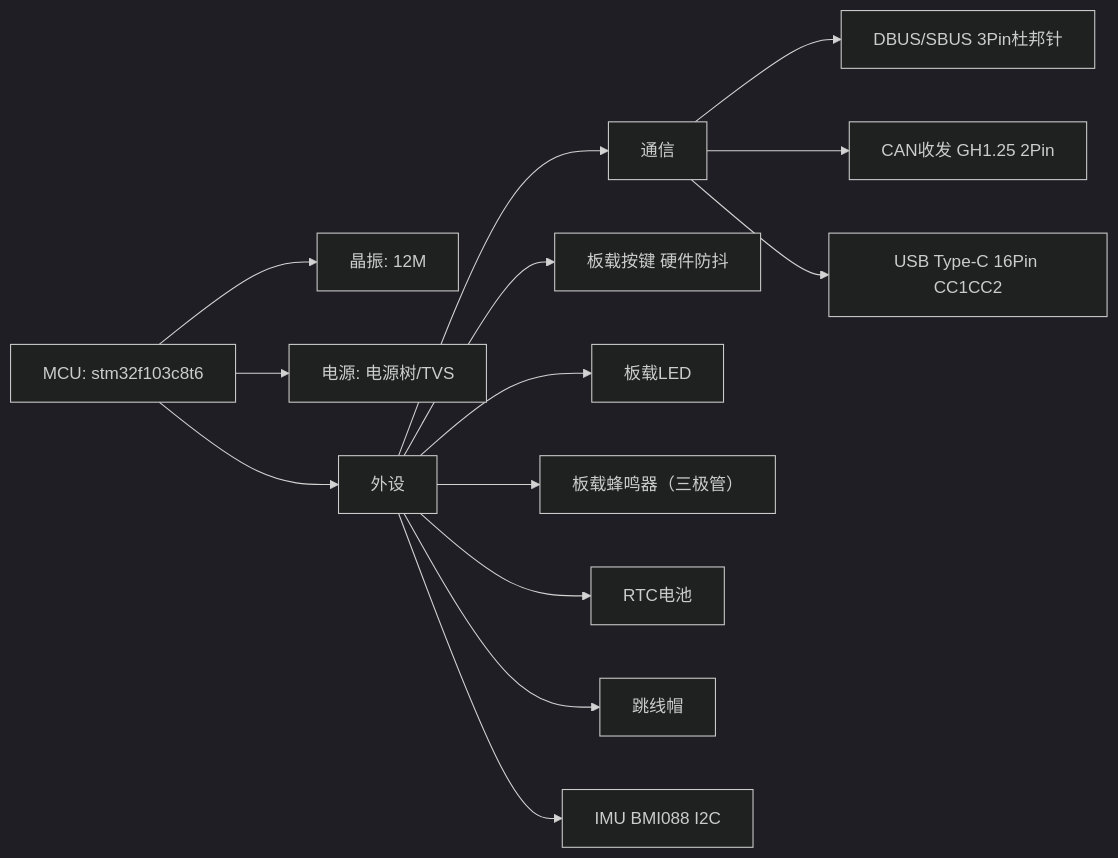
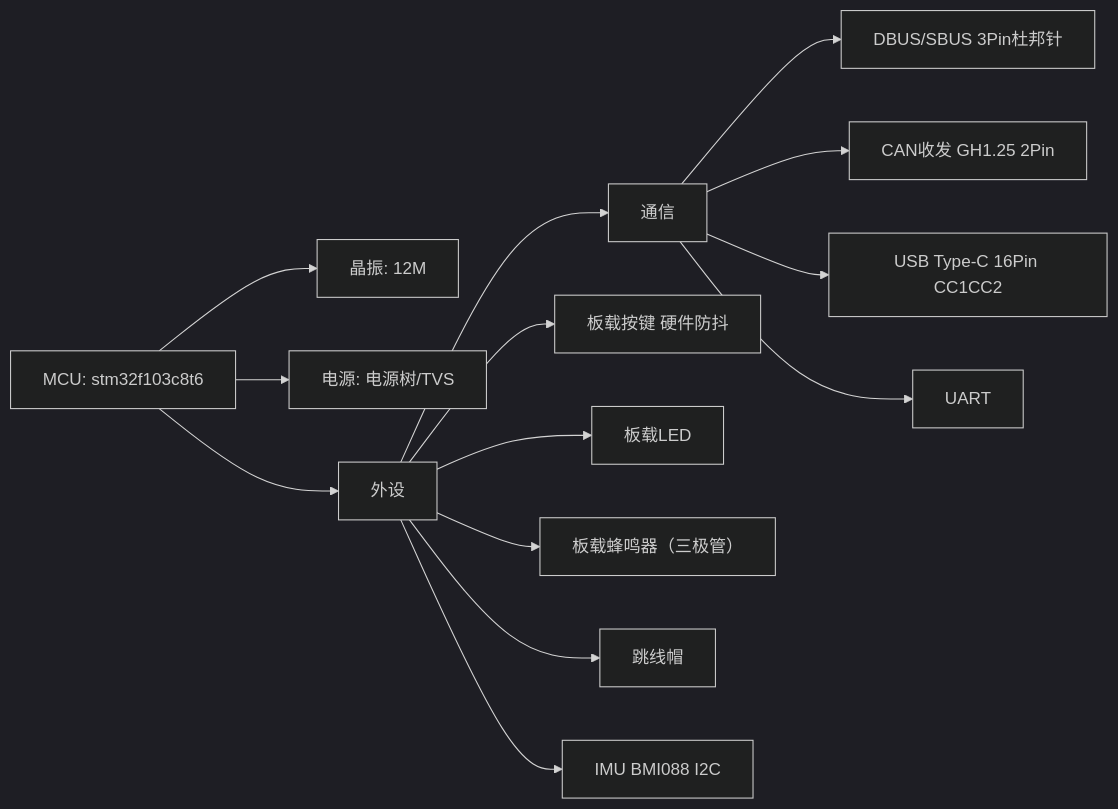
The first of 2 diagrams in README.md (ChenYuWuAi/hardware_train), drawn with Mermaid (dark theme) before and after one commit.

````diff
--- a/README.md
+++ b/README.md
@@ -7,30 +7,31 @@
 ```mermaid
 graph LR
     A[MCU: stm32f103c8t6]
     B[晶振: 12M]
     C[电源: 电源树/TVS]
     D[外设]
     E[通信]
     F[DBUS/SBUS 3Pin杜邦针]
     G[CAN收发 GH1.25 2Pin]
     H[USB Type-C 16Pin CC1CC2]
     I[板载按键 硬件防抖]
     J[板载LED]
     K[板载蜂鸣器（三极管）]
     N[RTC电池]
     L[跳线帽]
     M[IMU BMI088 I2C]
+    N[UART]
     A --> B
     A --> C
     A --> D
     D --> E
     E --> F
     E --> G
     E --> H
     D --> I
     D --> J
     D --> K
     D --> L
     D --> M
-    D --> N
+    E --> N
 ```
````
